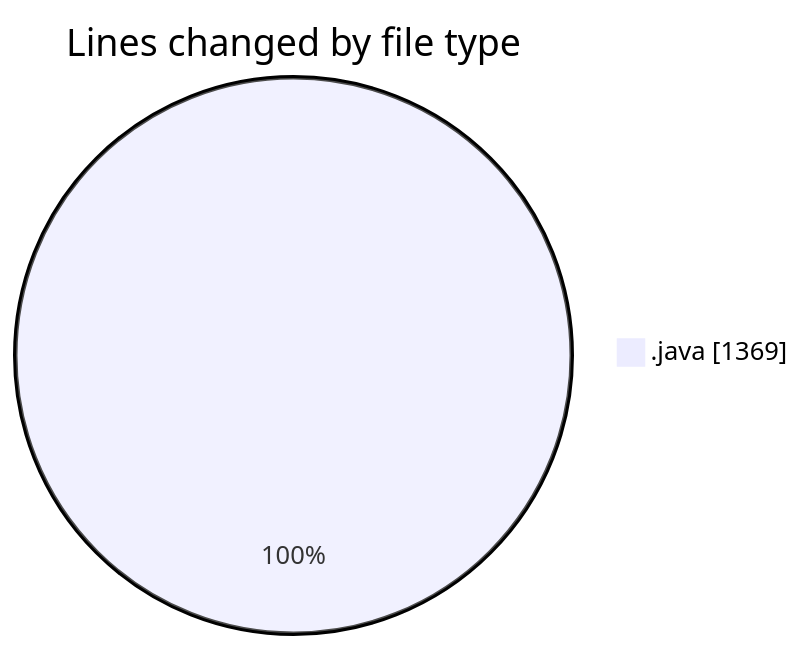
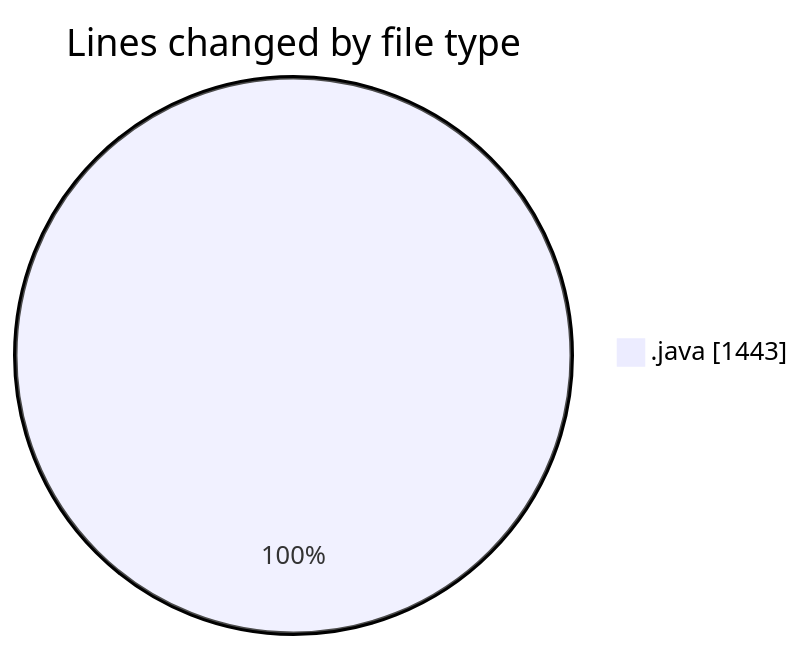
The first of 2 diagrams in 2026-07-21/cilreports__workspace_/README.md (ricardozamudiocil/code-tracking), drawn with Mermaid before and after one commit. The commit also changed other lines of this file and 1 other file, not shown here.

````diff
--- a/2026-07-21/cilreports__workspace_/README.md
+++ b/2026-07-21/cilreports__workspace_/README.md
@@ -22,5 +22,5 @@
 ```mermaid
 pie showData
 title Lines changed by file type
-".java" : 1369
+".java" : 1443
 ```
````
